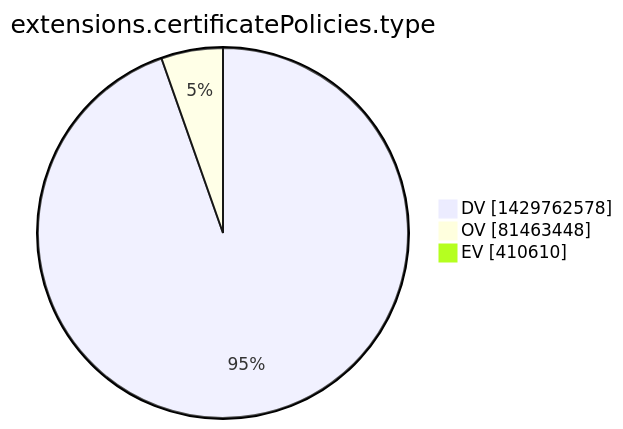
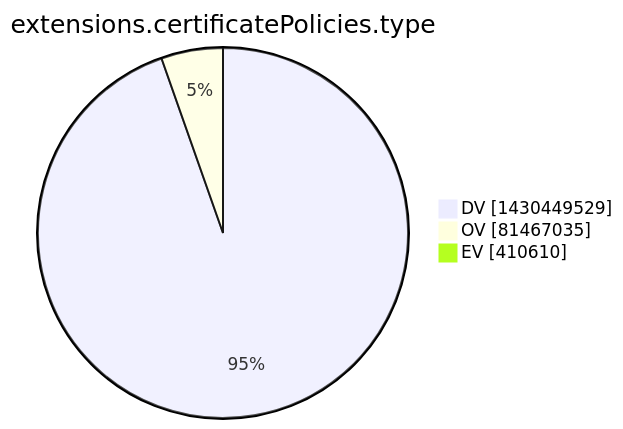
One commit to christiankrug/ctmonitor_visualization changed the tenth of 15 diagrams in xenon2022/README.md. Above: the diagram before and after it, drawn with Mermaid. The commit also changed other lines of this file, not shown here.

````diff
--- a/xenon2022/README.md
+++ b/xenon2022/README.md
@@ -2867,7 +2867,7 @@
 ```mermaid
 pie showData
 title extensions.certificatePolicies.type
-"DV" :1429762578
-"OV" :81463448
+"DV" :1430449529
+"OV" :81467035
 "EV" :410610
 ```
````
